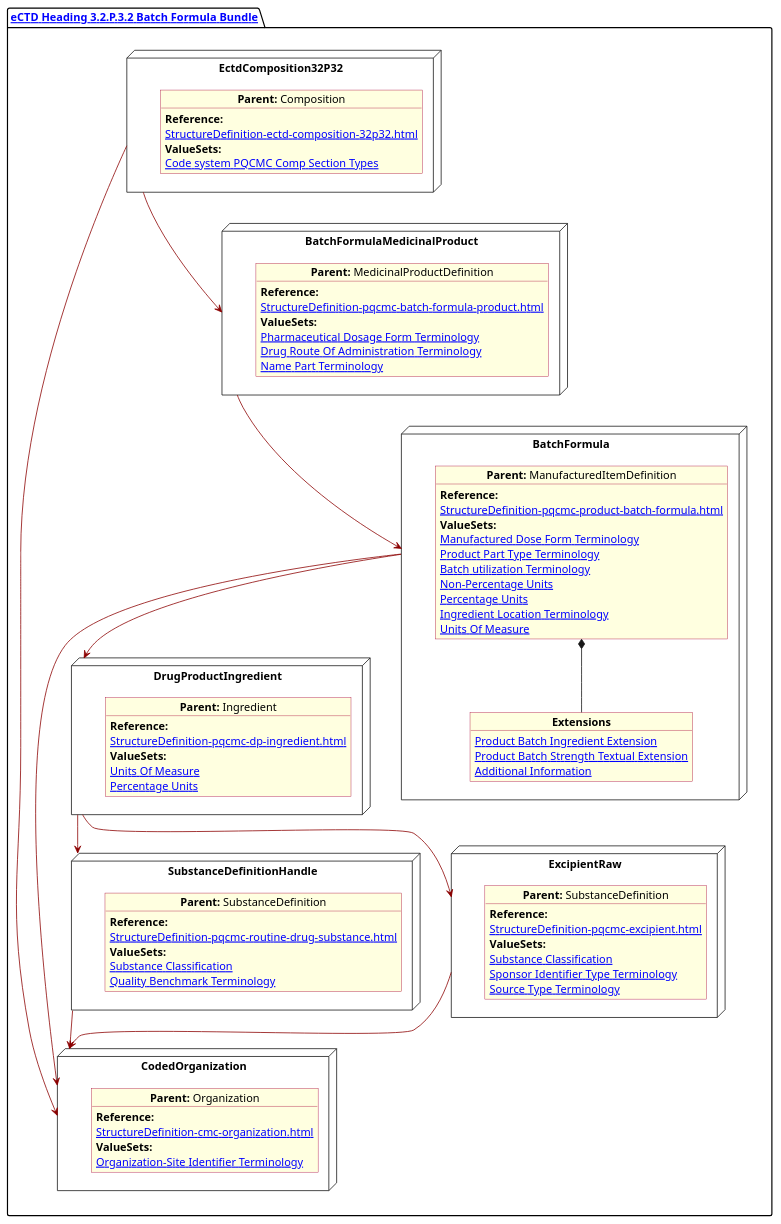
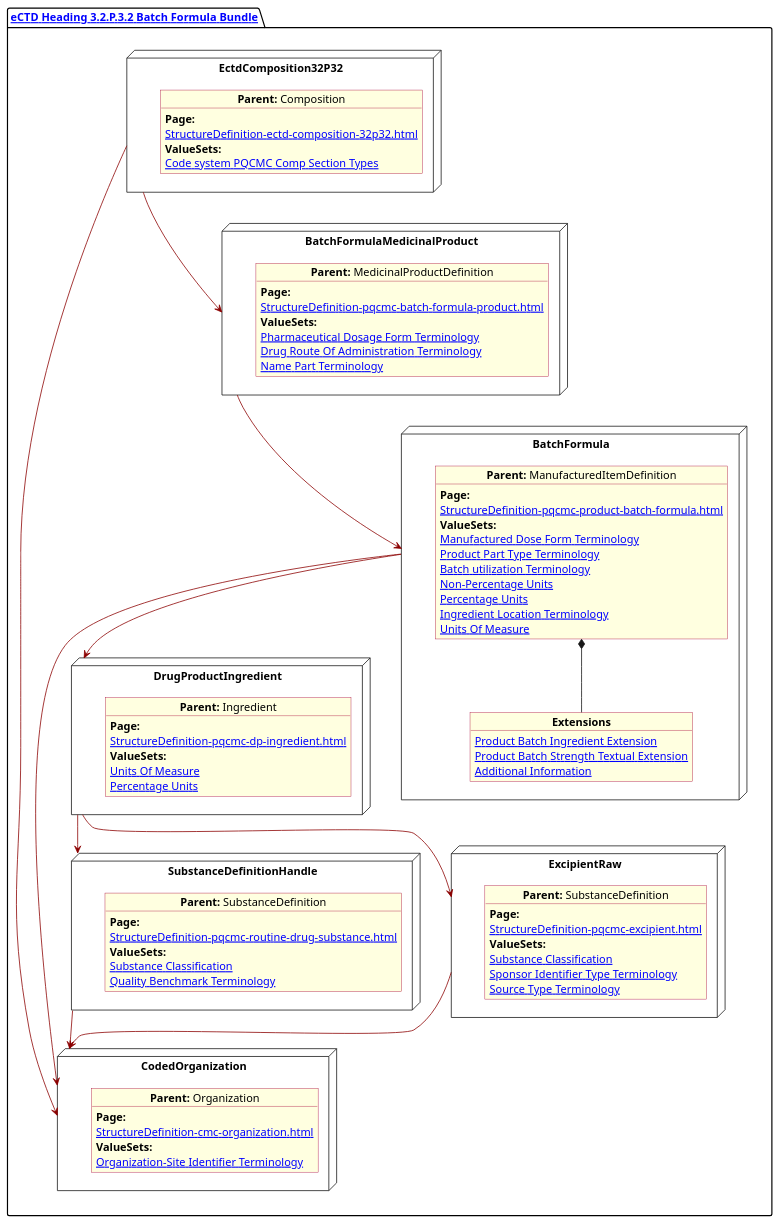
Before and after one commit to HL7/FHIR-us-pq-cmc-fda: the diagram in input/images-source/BatchForm.plantuml, drawn with PlantUML. The commit also changed 34 other files, not shown here.

```diff
--- a/input/images-source/BatchForm.plantuml
+++ b/input/images-source/BatchForm.plantuml
@@ -1,116 +1,116 @@
 @startuml BatchForm
 allowmixing
 'Mixed model of use case and object
 skinparam svgDimensionStyle false
 skinparam ObjectBackgroundColor LightYellow
 skinparam ObjectBorderColor #A80036
 skinparam activityDiamondBorderColor #A80036
 skinparam activityDiamondBackgroundColor lawnGreen
 skinparam ClassBorderThickness 4
 
 package "[[StructureDefinition-cmc-ectd-document-32p32.html eCTD Heading 3.2.P.3.2 Batch Formula Bundle]]" as NODES {
 
 
   node "EctdComposition32P32" as N1 {
 
     object "**Parent:** Composition" as obj1 {
-      **Reference:**
+      **Page:**
       [[StructureDefinition-ectd-composition-32p32.html]]
       **ValueSets:**
       [[ValueSet-cmc-comp-section-types-vs.html Code system PQCMC Comp Section Types]]
     }
 
   }
   node "CodedOrganization" as NSO {
 
     object "**Parent:** Organization" as objAu {
-      **Reference:**
+      **Page:**
       [[StructureDefinition-cmc-organization.html]]
       **ValueSets:**
       [[ValueSet-pqcmc-org-identifier-type-terminology.html Organization-Site Identifier Terminology]]
     }
   }
 
   node "DrugProductIngredient" as NNgred {
 
     object "**Parent:** Ingredient" as obj10 {
-      **Reference:**
+      **Page:**
       [[StructureDefinition-pqcmc-dp-ingredient.html]]
       **ValueSets:**
       [[ValueSet-pqcmc-units-of-measure.html Units Of Measure]]
       [[ValueSet-pqcmc-org-identifier-type-terminology.html Percentage Units]]
     }
   }
 
   node "SubstanceDefinitionHandle" as NNS {
 
     object "**Parent:** SubstanceDefinition" as obj4 {
-      **Reference:**
+      **Page:**
       [[StructureDefinition-pqcmc-routine-drug-substance.html]]
       **ValueSets:**
       [[ValueSet-substance-classification.html Substance Classification]]
       [[ValueSet-pqcmc-quality-benchmark-terminology.html Quality Benchmark Terminology]]
     }
 
   }
 
   node "ExcipientRaw" as NNSEx {
 
     object "**Parent:** SubstanceDefinition" as obj42 {
-      **Reference:**
+      **Page:**
       [[StructureDefinition-pqcmc-excipient.html]]
       **ValueSets:**
       [[ValueSet-substance-classification.html Substance Classification]]
       [[ValueSet-pqcmc-org-identifier-type-terminology.html Sponsor Identifier Type Terminology]]
       [[ValueSet-pqcmc-source-type-terminology.html Source Type Terminology]]
     }
 
   }
 
   node "BatchFormulaMedicinalProduct" as NN2 {
 
     object "**Parent:** MedicinalProductDefinition" as obj32 {
-      **Reference:**
+      **Page:**
       [[StructureDefinition-pqcmc-batch-formula-product.html]]
       **ValueSets:**
       [[ValueSet-spl-pharmaceutical-dosage-form-terminology.html Pharmaceutical Dosage Form Terminology]]
       [[ValueSet-spl-drug-route-of-administration-terminology.html Drug Route Of Administration Terminology]]
       [[ValueSet-pqcmc-name-part-terminology.html Name Part Terminology]]
     }
   }
 
   node "BatchFormula" as NN {
 
     object "**Parent:** ManufacturedItemDefinition" as obj3 {
-      **Reference:**
+      **Page:**
       [[StructureDefinition-pqcmc-product-batch-formula.html]]
       **ValueSets:**
       [[ValueSet-pqcmc-manufactured-dose-form-terminology.html Manufactured Dose Form Terminology]]
       [[ValueSet-pqcmc-product-part-type.html Product Part Type Terminology]]
       [[ValueSet-pqcmc-batch-utilization-terminology.html Batch utilization Terminology]]
       [[ValueSet-pqcmc-non-percentage-units.html Non-Percentage Units]]
       [[ValueSet-pqcmc-percentage-units.html Percentage Units]]
       [[ValueSet-pqcmc-product-part-ingredient-physical-location.html Ingredient Location Terminology]]
       [[ValueSet-pqcmc-units-of-measure.html Units Of Measure]]
 
     }
 
     object "**Extensions**" as objExs2 {
       [[StructureDefinition-pq-product-batch-ingredient-extension.html Product Batch Ingredient Extension]]
       [[StructureDefinition-pq-product-batch-strength-textual-extension.html Product Batch Strength Textual Extension]]
       [[StructureDefinition-pq-additional-info-extension.html Additional Information]]
     }
 
     obj3 *-- objExs2
   }
   N1 -[#darkred]--> NSO
   N1 -[#darkred]-> NN2
   NNS -[#darkred]-> NSO
   NN -[#darkred]-> NSO
   NN -[#darkred]-> NNgred
   NN2 -[#darkred]-> NN
   NNgred -[#darkred]-> NNS
   NNgred -[#darkred]->NNSEx
   NNSEx -[#darkred]-> NSO
 }
 @enduml
```
